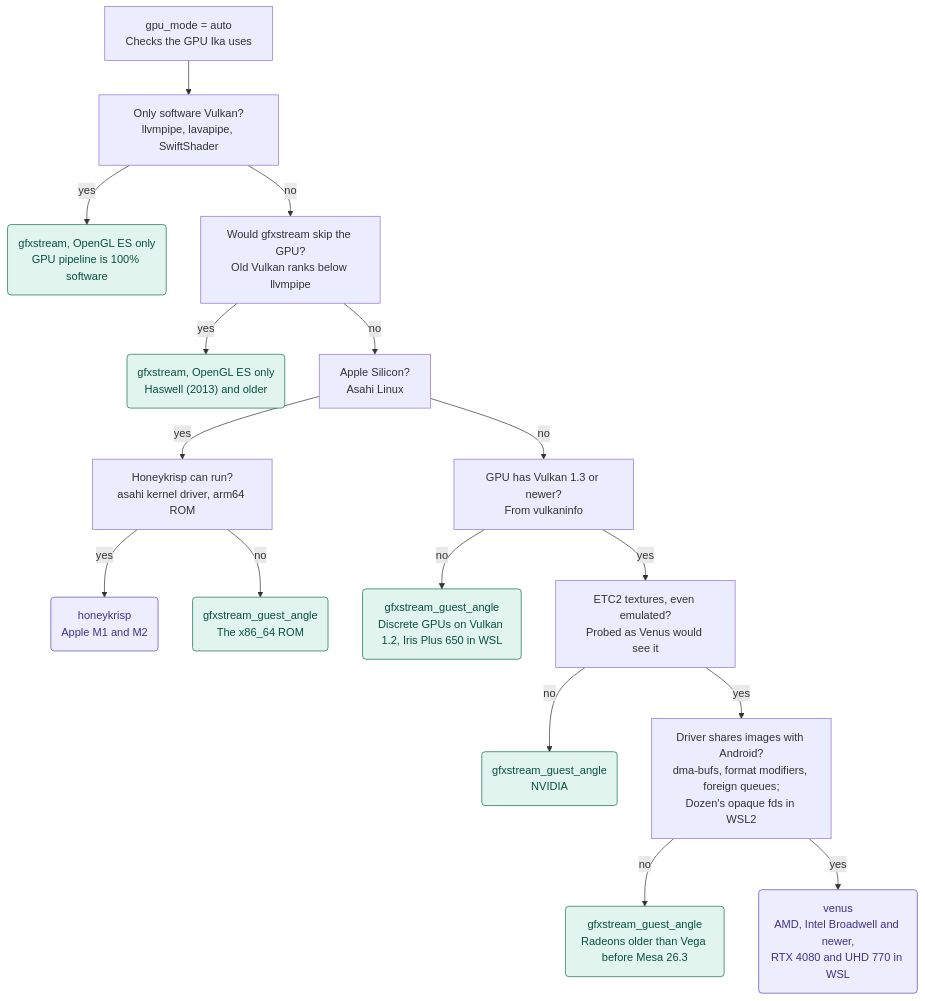
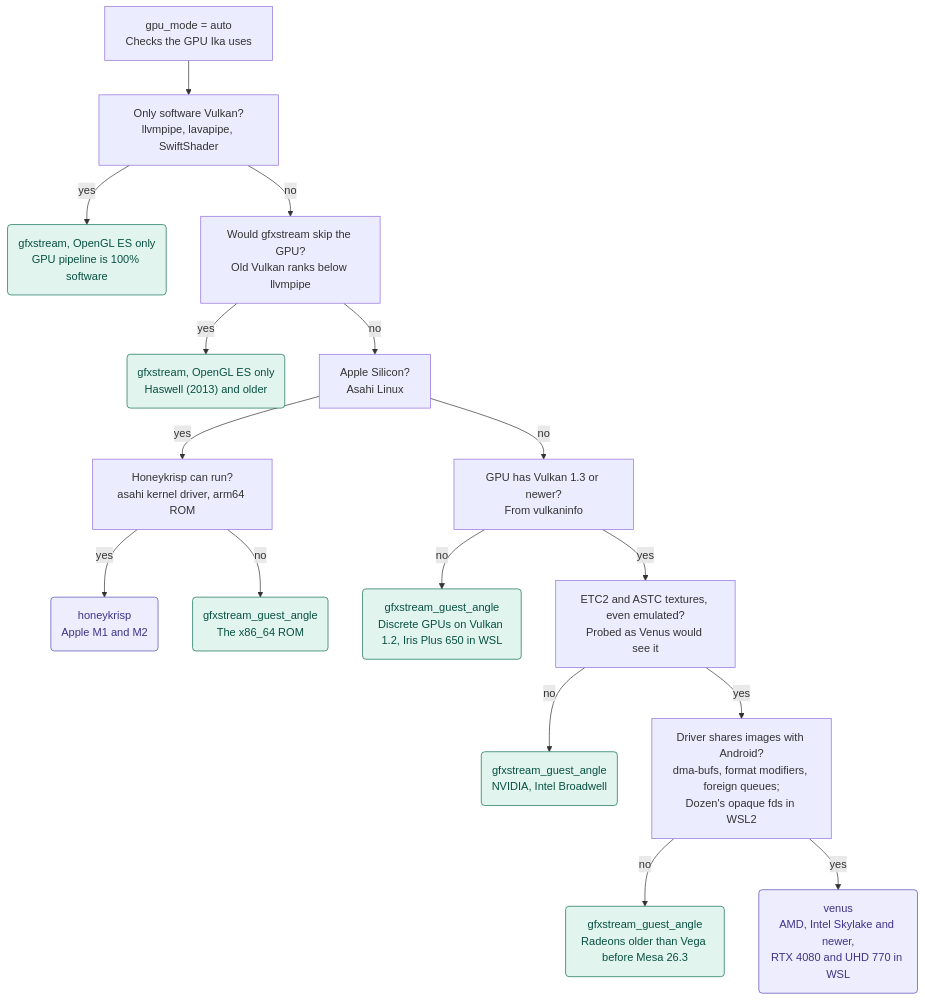
Before and after one commit to DesktopECHO/ika: the diagram in GRAPHICS.md, drawn with Mermaid. The commit also changed other lines of this file and 5 other files, not shown here.

Commit message:
ika: Asphalt Legends no longer draws its cars and menus black on an Intel Broadwell GPU, as gpu_mode=auto picks Venus only on a GPU with ASTC textures as well as ETC2, and keeps gfxstream_guest_angle, which emulates them, elsewhere

````diff
--- a/GRAPHICS.md
+++ b/GRAPHICS.md
@@ -119,40 +121,40 @@
 ```mermaid
 flowchart TD
     start["gpu_mode = auto<br/>Checks the GPU Ika uses"]
     q1["Only software Vulkan?<br/>llvmpipe, lavapipe, SwiftShader"]
     q2["Would gfxstream skip the GPU?<br/>Old Vulkan ranks below llvmpipe"]
     q3["Apple Silicon?<br/>Asahi Linux"]
     q4["Honeykrisp can run?<br/>asahi kernel driver, arm64 ROM"]
     q5["GPU has Vulkan 1.3 or newer?<br/>From vulkaninfo"]
-    q6["ETC2 textures, even emulated?<br/>Probed as Venus would see it"]
+    q6["ETC2 and ASTC textures, even emulated?<br/>Probed as Venus would see it"]
     q7["Driver shares images with Android?<br/>dma-bufs, format modifiers, foreign queues;<br/>Dozen's opaque fds in WSL2"]
     r1("gfxstream, OpenGL ES only<br/>GPU pipeline is 100% software")
     r2("gfxstream, OpenGL ES only<br/>Haswell (2013) and older")
     hk("honeykrisp<br/>Apple M1 and M2")
     r4("gfxstream_guest_angle<br/>The x86_64 ROM")
     r5("gfxstream_guest_angle<br/>Discrete GPUs on Vulkan 1.2, Iris Plus 650 in WSL")
-    r6("gfxstream_guest_angle<br/>NVIDIA")
+    r6("gfxstream_guest_angle<br/>NVIDIA, Intel Broadwell")
     r7("gfxstream_guest_angle<br/>Radeons older than Vega before Mesa 26.3")
-    venus("venus<br/>AMD, Intel Broadwell and newer,<br/>RTX 4080 and UHD 770 in WSL")
+    venus("venus<br/>AMD, Intel Skylake and newer,<br/>RTX 4080 and UHD 770 in WSL")
 
     start --> q1
     q1 -- yes --> r1
     q1 -- no --> q2
     q2 -- yes --> r2
     q2 -- no --> q3
     q3 -- yes --> q4
     q3 -- no --> q5
     q4 -- yes --> hk
     q4 -- no --> r4
     q5 -- no --> r5
     q5 -- yes --> q6
     q6 -- no --> r6
     q6 -- yes --> q7
     q7 -- no --> r7
     q7 -- yes --> venus
 
     classDef gfx fill:#E1F5EE,stroke:#0F6E56,color:#085041
     classDef ven fill:#EEEDFE,stroke:#534AB7,color:#3C3489
     class r1,r2,r4,r5,r6,r7 gfx
     class venus,hk ven
 ```
````
